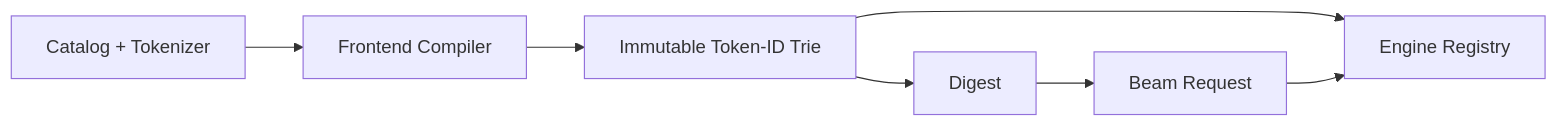
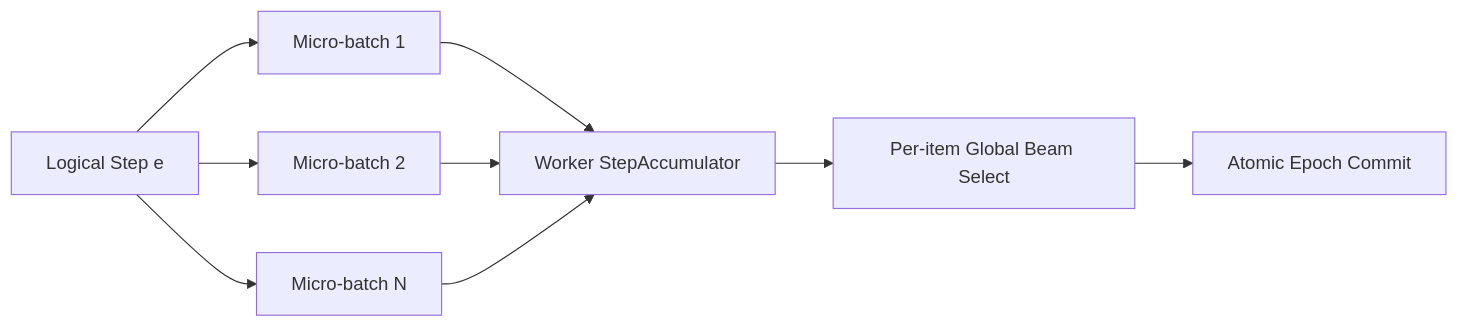
The third of 10 diagrams in GR/engine_owned_persistent_beam_session_feature_design.md (zhanghanleo10/gr-related), drawn with Mermaid before and after one commit. The commit also changed other lines of this file, not shown here.

Commit message:
Update persistent beam session architecture

```diff
--- a/GR/engine_owned_persistent_beam_session_feature_design.md
+++ b/GR/engine_owned_persistent_beam_session_feature_design.md
@@ -520,16 +266,19 @@
 ~~~mermaid
 flowchart LR
-    CAT["Catalog + Tokenizer"]
-    COMP["Frontend Compiler"]
-    TRIE["Immutable Token-ID Trie"]
-    DIG["Digest"]
-    REG["Engine Registry"]
-    REQ["Beam Request"]
+    STEP["Logical Step e"]
+    M1["Micro-batch 1"]
+    M2["Micro-batch 2"]
+    M3["Micro-batch N"]
+    ACC["Worker StepAccumulator"]
+    SEL["Per-item Global Beam Select"]
+    COMMIT["Atomic Epoch Commit"]
 
-    CAT --> COMP
-    COMP --> TRIE
-    TRIE --> DIG
-    TRIE --> REG
-    DIG --> REQ
-    REQ --> REG
+    STEP --> M1
+    STEP --> M2
+    STEP --> M3
+    M1 --> ACC
+    M2 --> ACC
+    M3 --> ACC
+    ACC --> SEL
+    SEL --> COMMIT
 ~~~
```
